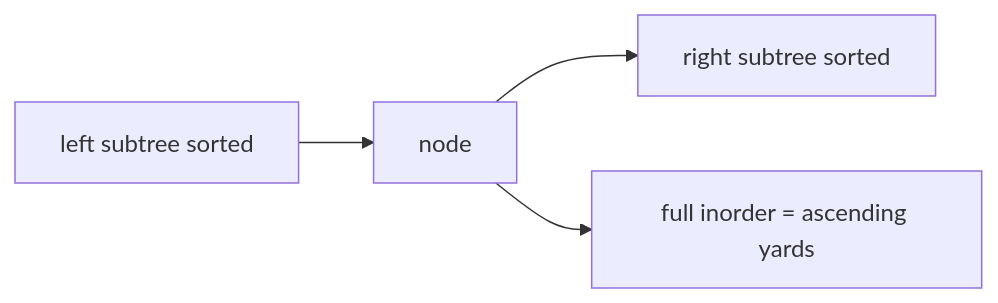
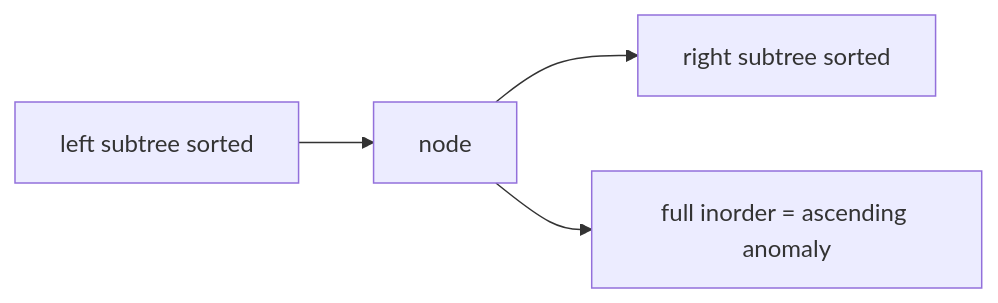
The sixth of 7 diagrams in docs/dsa/data-structures/binary-search-tree/index.md (qgjones9/python-programming-guide), drawn with Mermaid before and after one commit. The commit also changed other lines of this file and 29 other files, not shown here.

````diff
--- a/docs/dsa/data-structures/binary-search-tree/index.md
+++ b/docs/dsa/data-structures/binary-search-tree/index.md
@@ -532,5 +513,5 @@
 ```mermaid
 flowchart LR
   L["left subtree sorted"] --> N["node"] --> R["right subtree sorted"]
-  N --> OUT["full inorder = ascending yards"]
+  N --> OUT["full inorder = ascending anomaly"]
 ```
````
